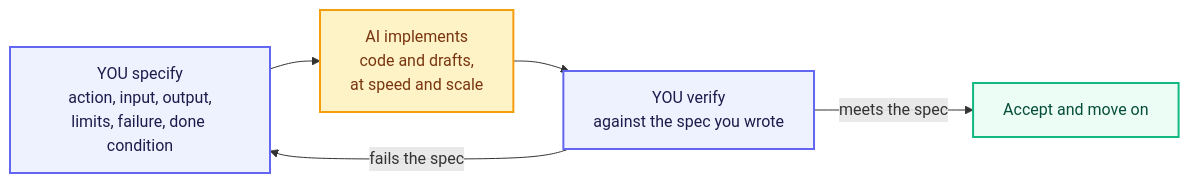
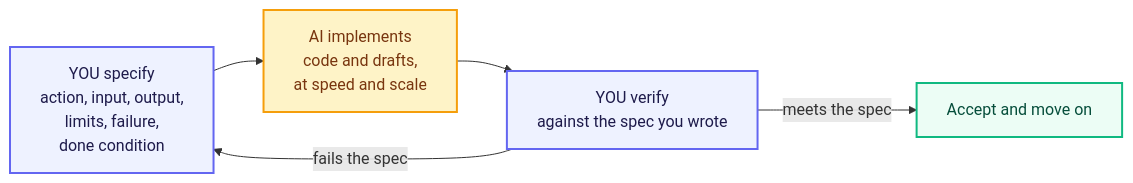
The diagram in modules/m1-computational-thinking/unit-m1-4-specifying-for-ai.md (VishnuKumpati/Python-foundations), drawn with Mermaid before and after one commit.

````diff
--- a/modules/m1-computational-thinking/unit-m1-4-specifying-for-ai.md
+++ b/modules/m1-computational-thinking/unit-m1-4-specifying-for-ai.md
@@ -149,15 +149,15 @@
 ```mermaid
 flowchart LR
-    S["YOU specify<br/>action, input, output,<br/>limits, failure, done condition"] --> A["AI implements<br/>code and drafts,<br/>at speed and scale"]
+    S["YOU specify<br/>action, input, output,<br/>limits, failure,  \n done condition"] --> A["AI implements<br/>code and drafts,<br/>at speed and scale"]
     A --> V["YOU verify<br/>against the spec you wrote"]
     V -->|"meets the spec"| SHIP["Accept and move on"]
     V -->|"fails the spec"| S
 
     classDef human fill:#EEF2FF,stroke:#6366F1,stroke-width:2px,color:#1E1B4B
     classDef machine fill:#FEF3C7,stroke:#F59E0B,stroke-width:2px,color:#78350F
     classDef done fill:#ECFDF5,stroke:#10B981,stroke-width:2px,color:#064E3B
 
     class S,V human
     class A machine
     class SHIP done
 ```
````
